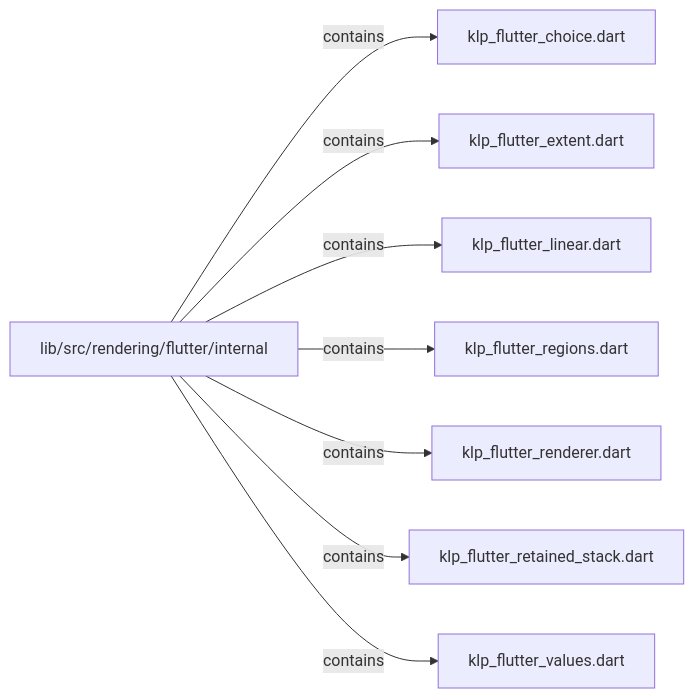
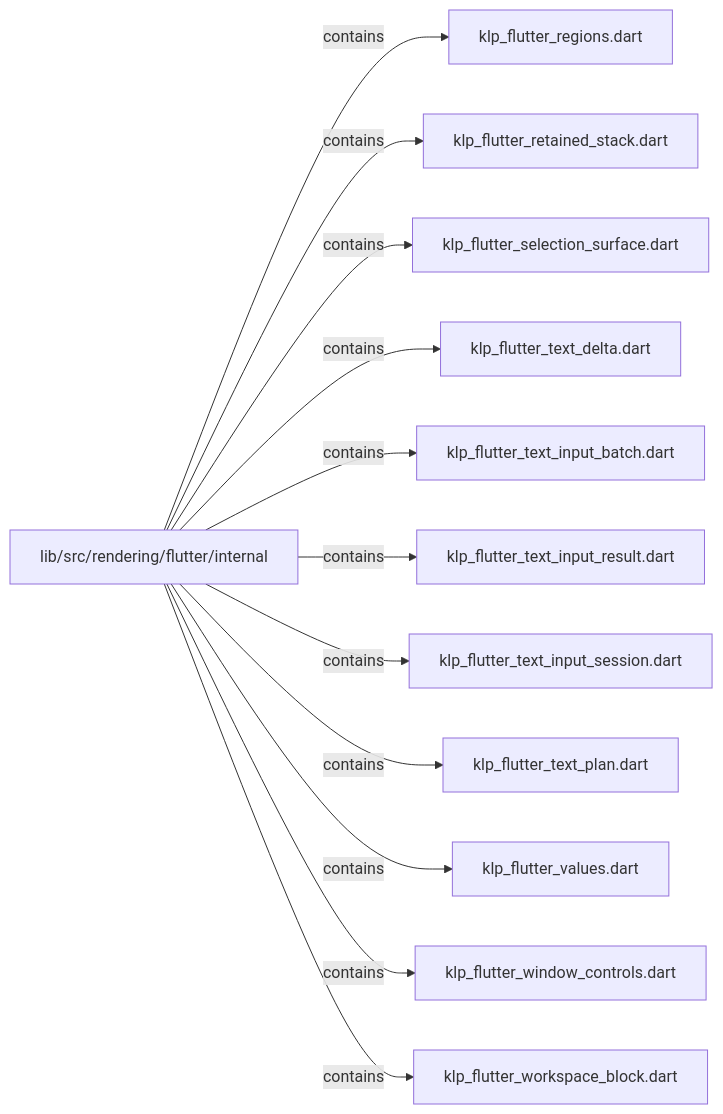
One commit to MiuDog/Kallopis changed the sixth of 7 diagrams in docs/architecture/src/rendering/flutter/internal/README.md. Above: the diagram before and after it, drawn with Mermaid. The commit also changed other lines of this file and 2796 other files, not shown here.

````diff
--- a/docs/architecture/src/rendering/flutter/internal/README.md
+++ b/docs/architecture/src/rendering/flutter/internal/README.md
@@ -66,18 +235,26 @@
 ```mermaid
 flowchart LR
 	n0["lib/src/rendering/flutter/internal"]
-	n1["klp_flutter_choice.dart"]
-	n2["klp_flutter_extent.dart"]
-	n3["klp_flutter_linear.dart"]
-	n4["klp_flutter_regions.dart"]
-	n5["klp_flutter_renderer.dart"]
-	n6["klp_flutter_retained_stack.dart"]
-	n7["klp_flutter_values.dart"]
+	n1["klp_flutter_regions.dart"]
+	n2["klp_flutter_retained_stack.dart"]
+	n3["klp_flutter_selection_surface.dart"]
+	n4["klp_flutter_text_delta.dart"]
+	n5["klp_flutter_text_input_batch.dart"]
+	n6["klp_flutter_text_input_result.dart"]
+	n7["klp_flutter_text_input_session.dart"]
+	n8["klp_flutter_text_plan.dart"]
+	n9["klp_flutter_values.dart"]
+	n10["klp_flutter_window_controls.dart"]
+	n11["klp_flutter_workspace_block.dart"]
 	n0 -->|"contains"| n1
 	n0 -->|"contains"| n2
 	n0 -->|"contains"| n3
 	n0 -->|"contains"| n4
 	n0 -->|"contains"| n5
 	n0 -->|"contains"| n6
 	n0 -->|"contains"| n7
+	n0 -->|"contains"| n8
+	n0 -->|"contains"| n9
+	n0 -->|"contains"| n10
+	n0 -->|"contains"| n11
 ```
````
